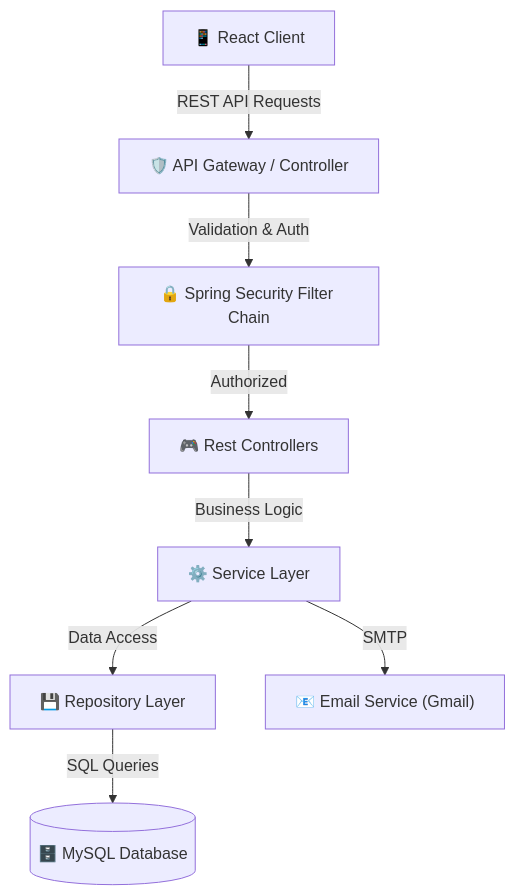
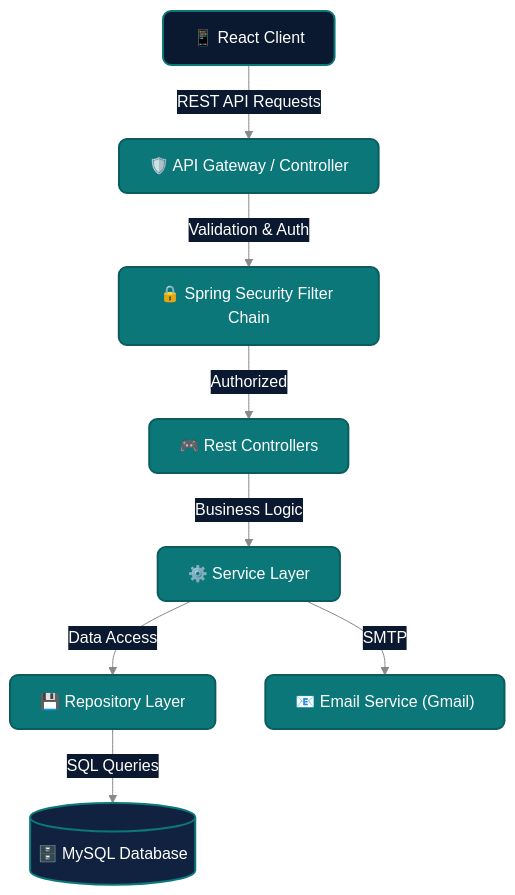
The first of 5 diagrams in README.md (himanshugupta91/Full-Stack-Authentication-System), drawn with Mermaid before and after one commit. The commit also changed other lines of this file, not shown here.

Commit message:
docs: improve structure, design diagrams, and add real-world Spring Boot Q&A

````diff
--- a/README.md
+++ b/README.md
@@ -80,10 +84,17 @@
 ```mermaid
+%%{init: {'theme': 'base', 'themeVariables': {'primaryColor': '#0C7779', 'primaryTextColor': '#ffffff', 'primaryBorderColor': '#0A5C5E', 'lineColor': '#888888', 'secondaryColor': '#0A192F', 'tertiaryColor': '#112240', 'fontFamily': 'Inter, sans-serif'}}}%%
 graph TD
     Client["📱 React Client"] -->|"REST API Requests"| Gateway["🛡️ API Gateway / Controller"]
     Gateway -->|"Validation & Auth"| Security["🔒 Spring Security Filter Chain"]
     Security -->|"Authorized"| Controller["🎮 Rest Controllers"]
     Controller -->|"Business Logic"| Service["⚙️ Service Layer"]
     Service -->|"Data Access"| Repository["💾 Repository Layer"]
     Repository -->|"SQL Queries"| Database[("🗄️ MySQL Database")]
     Service -->|"SMTP"| Email["📧 Email Service (Gmail)"]
+    
+    classDef default fill:#0C7779,stroke:#0A5C5E,stroke-width:2px,color:#fff,rx:8px,ry:8px;
+    classDef client fill:#0A192F,stroke:#0C7779,stroke-width:2px,color:#fff;
+    classDef db fill:#112240,stroke:#0C7779,stroke-width:2px,color:#fff;
+    class Client client;
+    class Database db;
 ```
````
